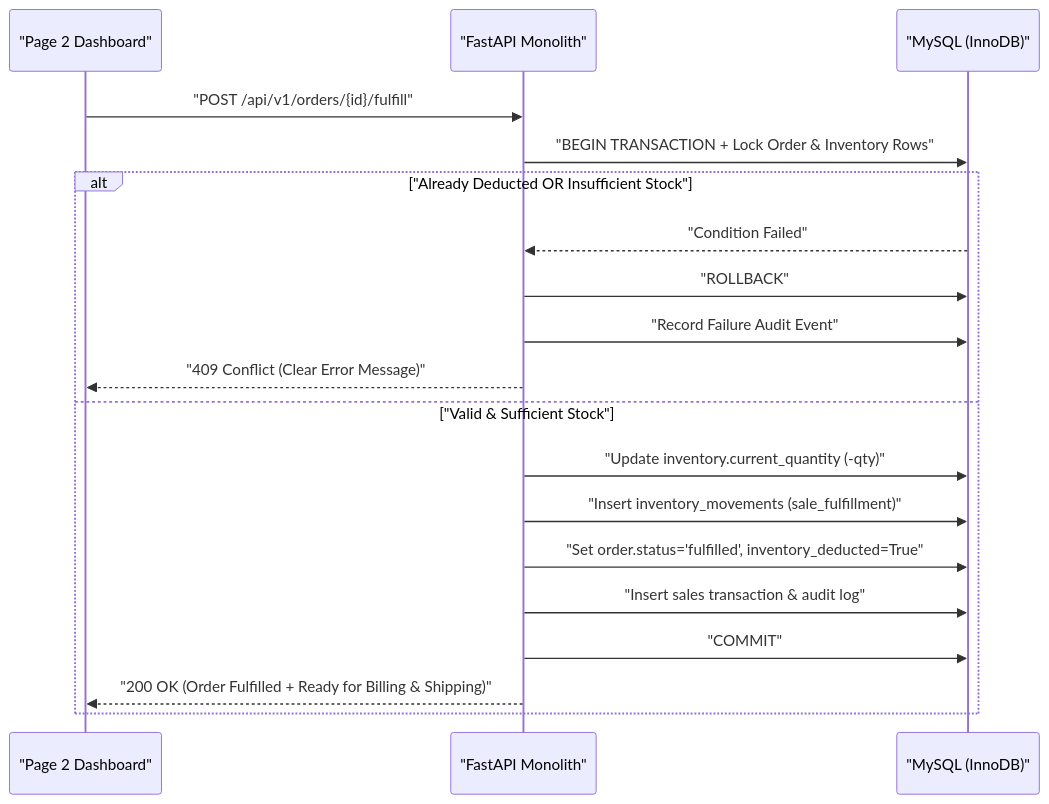
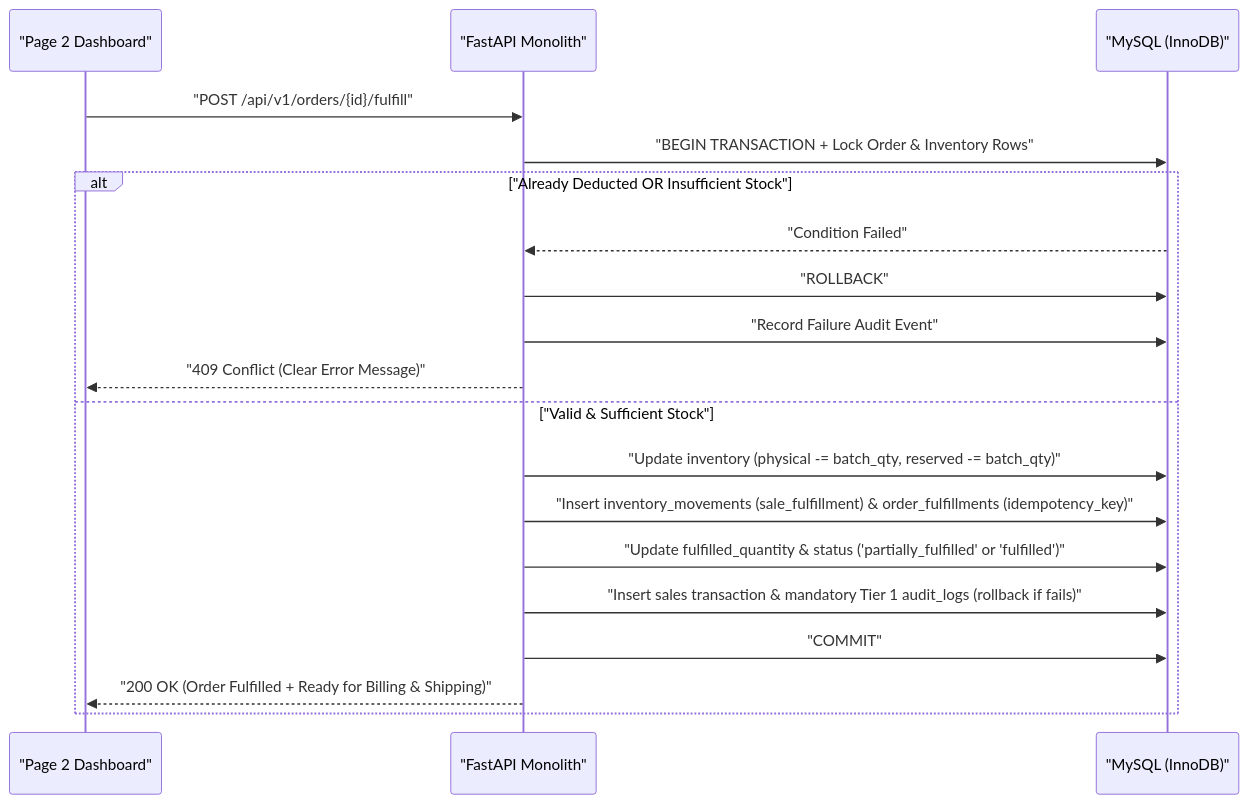
Before and after one commit to Lalith-Manohar/LLM-Project1: the second of 4 diagrams in docs/NEXORA — Technical Blueprint v1.0.md, drawn with Mermaid. The commit also changed other lines of this file, not shown here.

````diff
--- a/docs/NEXORA — Technical Blueprint v1.0.md
+++ b/docs/NEXORA — Technical Blueprint v1.0.md
@@ -1409,21 +1445,21 @@
 ```mermaid
 sequenceDiagram
     participant UI as "Page 2 Dashboard"
     participant API as "FastAPI Monolith"
     participant DB as "MySQL (InnoDB)"
     UI->>API: "POST /api/v1/orders/{id}/fulfill"
     API->>DB: "BEGIN TRANSACTION + Lock Order & Inventory Rows"
     alt "Already Deducted OR Insufficient Stock"
         DB-->>API: "Condition Failed"
         API->>DB: "ROLLBACK"
         API->>DB: "Record Failure Audit Event"
         API-->>UI: "409 Conflict (Clear Error Message)"
     else "Valid & Sufficient Stock"
-        API->>DB: "Update inventory.current_quantity (-qty)"
-        API->>DB: "Insert inventory_movements (sale_fulfillment)"
-        API->>DB: "Set order.status='fulfilled', inventory_deducted=True"
-        API->>DB: "Insert sales transaction & audit log"
+        API->>DB: "Update inventory (physical -= batch_qty, reserved -= batch_qty)"
+        API->>DB: "Insert inventory_movements (sale_fulfillment) & order_fulfillments (idempotency_key)"
+        API->>DB: "Update fulfilled_quantity & status ('partially_fulfilled' or 'fulfilled')"
+        API->>DB: "Insert sales transaction & mandatory Tier 1 audit_logs (rollback if fails)"
         API->>DB: "COMMIT"
         API-->>UI: "200 OK (Order Fulfilled + Ready for Billing & Shipping)"
     end
 ```
````
